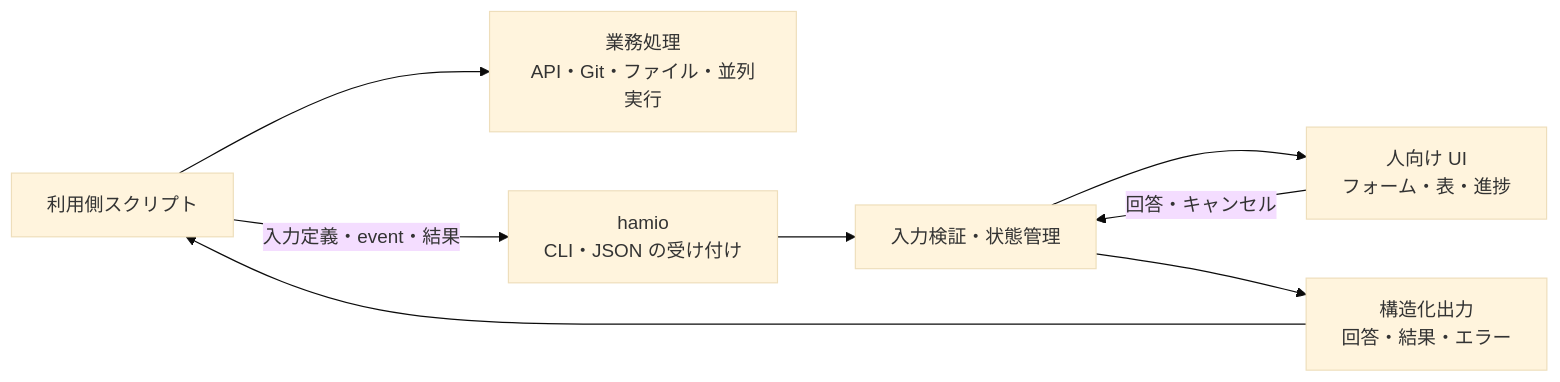
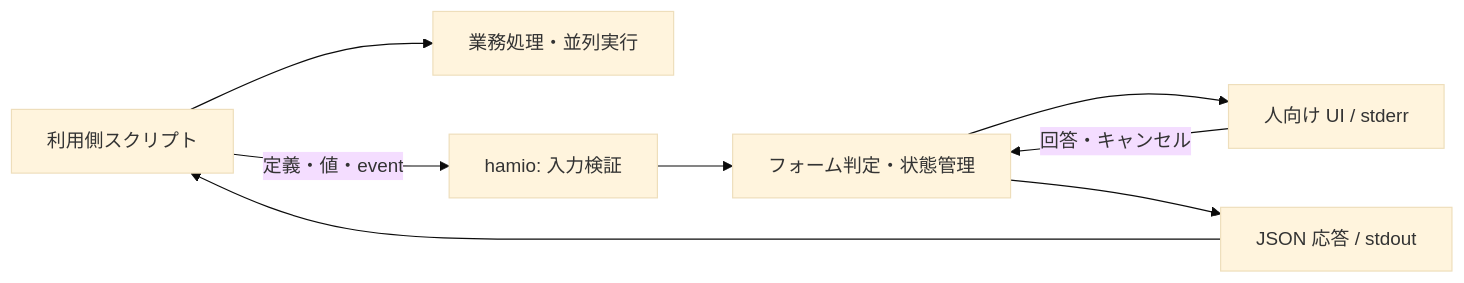
One commit to 9uiLe/hamio changed the diagram in docs/design.md. Above: the diagram before and after it, drawn with Mermaid (base theme). The commit also changed other lines of this file and 41 other files, not shown here.

````diff
--- a/docs/design.md
+++ b/docs/design.md
@@ -57,10 +52,10 @@
 ```mermaid
 flowchart LR
-    U["利用側スクリプト"] --> B["業務処理<br/>API・Git・ファイル・並列実行"]
-    U -->|入力定義・event・結果| C["hamio<br/>CLI・JSON の受け付け"]
-    C --> M["入力検証・状態管理"]
-    M --> H["人向け UI<br/>フォーム・表・進捗"]
-    H -->|回答・キャンセル| M
-    M --> R["構造化出力<br/>回答・結果・エラー"]
-    R --> U
+    C["利用側スクリプト"] --> B["業務処理・並列実行"]
+    C -->|"定義・値・event"| V["hamio: 入力検証"]
+    V --> S["フォーム判定・状態管理"]
+    S --> H["人向け UI / stderr"]
+    H -->|"回答・キャンセル"| S
+    S --> J["JSON 応答 / stdout"]
+    J --> C
 ```
````
